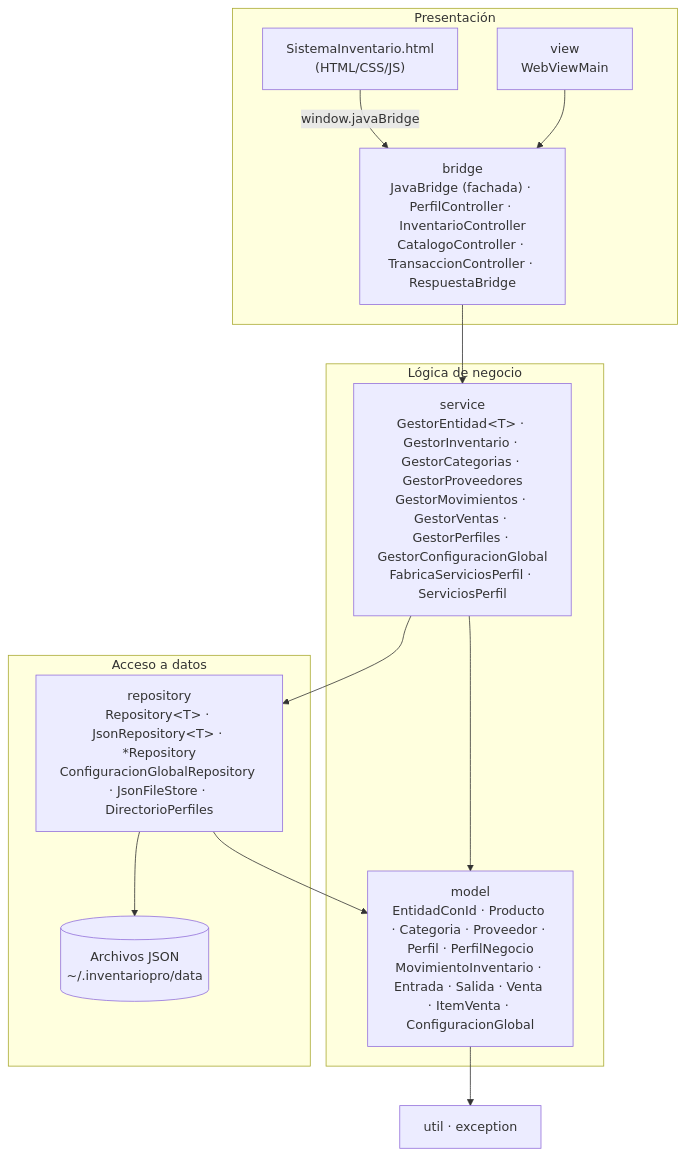
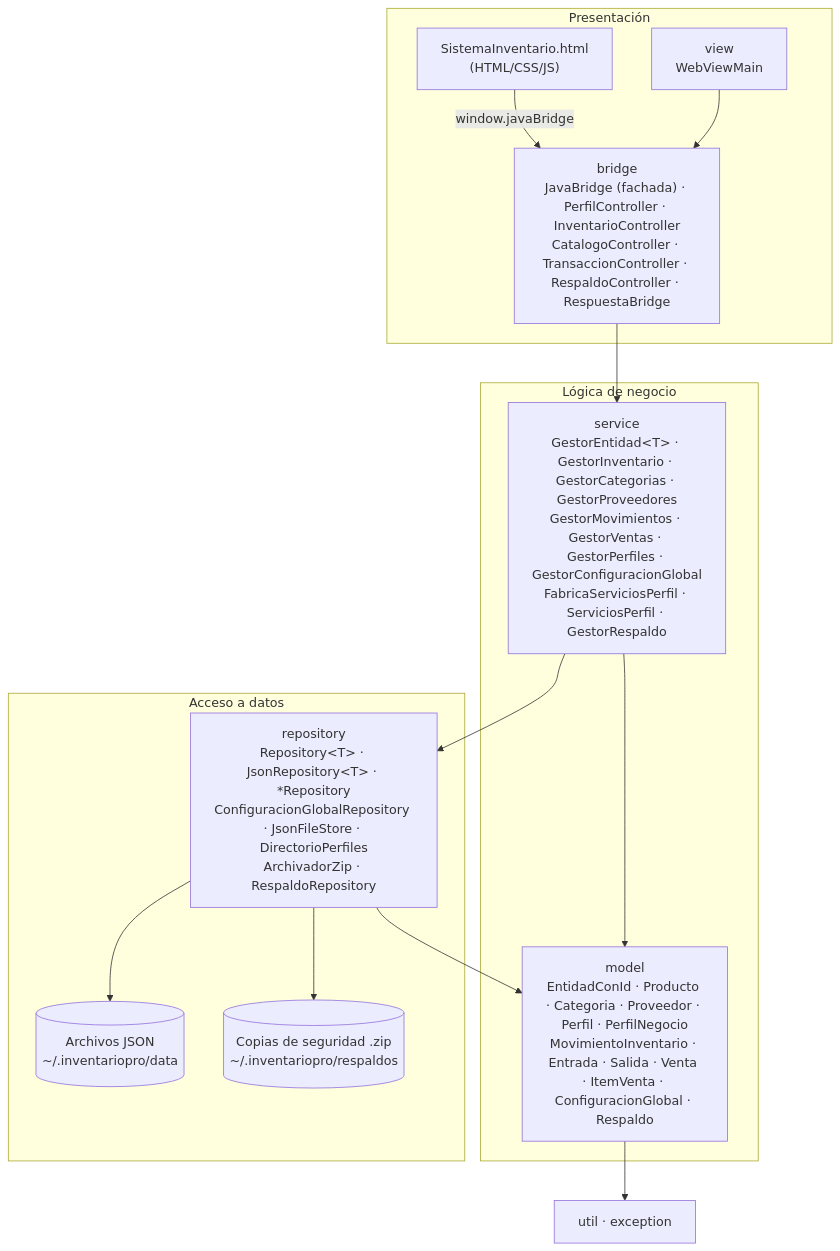
Before and after one commit to kjhosepmercadom/TBalance: the diagram in docs/ARQUITECTURA.md, drawn with Mermaid. The commit also changed other lines of this file, not shown here.

First line of the commit message:
docs: add backup classes to the architecture document

````diff
--- a/docs/ARQUITECTURA.md
+++ b/docs/ARQUITECTURA.md
@@ -7,26 +7,28 @@
 ```mermaid
 flowchart TB
     subgraph Presentacion["Presentación"]
         HTML["SistemaInventario.html<br/>(HTML/CSS/JS)"]
         VIEW["view<br/>WebViewMain"]
-        BRIDGE["bridge<br/>JavaBridge (fachada) · PerfilController · InventarioController<br/>CatalogoController · TransaccionController · RespuestaBridge"]
+        BRIDGE["bridge<br/>JavaBridge (fachada) · PerfilController · InventarioController<br/>CatalogoController · TransaccionController · RespaldoController · RespuestaBridge"]
     end
     subgraph Negocio["Lógica de negocio"]
-        SERVICE["service<br/>GestorEntidad&lt;T&gt; · GestorInventario · GestorCategorias · GestorProveedores<br/>GestorMovimientos · GestorVentas · GestorPerfiles · GestorConfiguracionGlobal<br/>FabricaServiciosPerfil · ServiciosPerfil"]
-        MODEL["model<br/>EntidadConId · Producto · Categoria · Proveedor · Perfil · PerfilNegocio<br/>MovimientoInventario · Entrada · Salida · Venta · ItemVenta · ConfiguracionGlobal"]
+        SERVICE["service<br/>GestorEntidad&lt;T&gt; · GestorInventario · GestorCategorias · GestorProveedores<br/>GestorMovimientos · GestorVentas · GestorPerfiles · GestorConfiguracionGlobal<br/>FabricaServiciosPerfil · ServiciosPerfil · GestorRespaldo"]
+        MODEL["model<br/>EntidadConId · Producto · Categoria · Proveedor · Perfil · PerfilNegocio<br/>MovimientoInventario · Entrada · Salida · Venta · ItemVenta · ConfiguracionGlobal · Respaldo"]
     end
     subgraph Datos["Acceso a datos"]
-        REPO["repository<br/>Repository&lt;T&gt; · JsonRepository&lt;T&gt; · *Repository<br/>ConfiguracionGlobalRepository · JsonFileStore · DirectorioPerfiles"]
+        REPO["repository<br/>Repository&lt;T&gt; · JsonRepository&lt;T&gt; · *Repository<br/>ConfiguracionGlobalRepository · JsonFileStore · DirectorioPerfiles<br/>ArchivadorZip · RespaldoRepository"]
         JSON[("Archivos JSON<br/>~/.inventariopro/data")]
+        ZIP[("Copias de seguridad .zip<br/>~/.inventariopro/respaldos")]
     end
     UTIL["util · exception"]
 
     HTML -- "window.javaBridge" --> BRIDGE
     VIEW --> BRIDGE
     BRIDGE --> SERVICE
     SERVICE --> REPO
     SERVICE --> MODEL
     REPO --> MODEL
     REPO --> JSON
+    REPO --> ZIP
     MODEL --> UTIL
 ```
````
